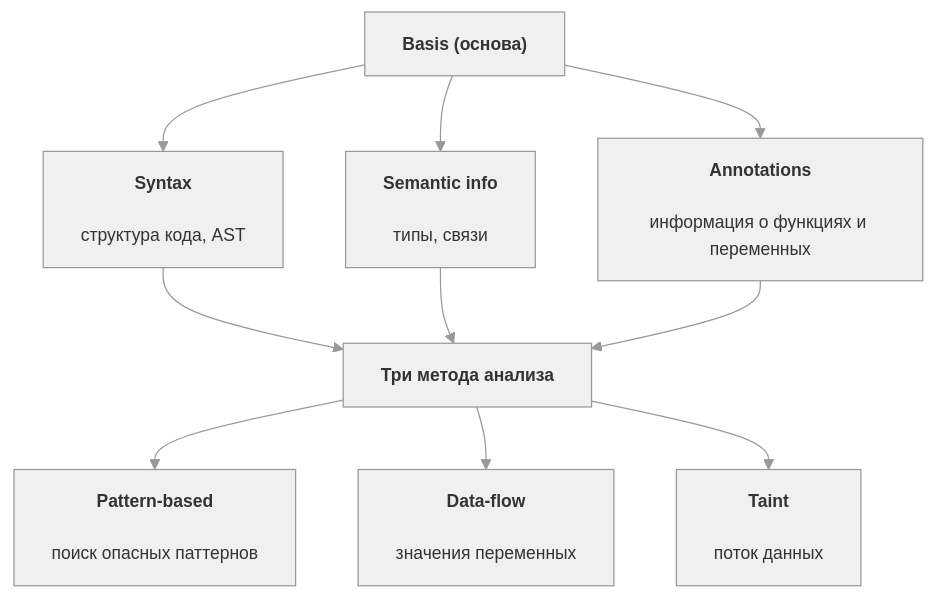
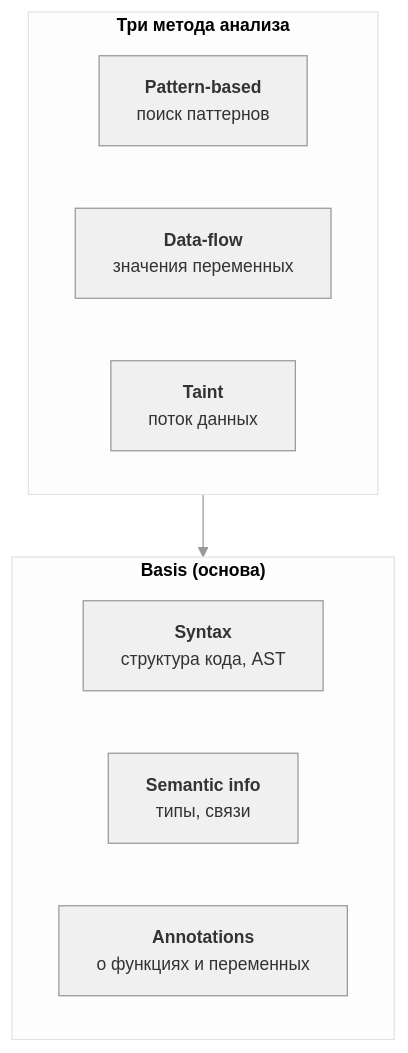
Before and after one commit to Otto-7/mcp: the second of 2 diagrams in docs/research/sast-basics.md, drawn with Mermaid.

````diff
--- a/docs/research/sast-basics.md
+++ b/docs/research/sast-basics.md
@@ -16,22 +16,23 @@
 ```mermaid
 %%{init: {'theme':'base', 'themeVariables': {
   'primaryColor': '#f0f0f0',
   'primaryTextColor': '#333333',
   'primaryBorderColor': '#999999',
   'lineColor': '#999999',
   'fontSize': '14px'
 }}}%%
 flowchart TD
-    B["<b>Basis (основа)</b>"]
-    B --> S["<b>Syntax</b><br/><br/>структура кода, AST"]
-    B --> SI["<b>Semantic info</b><br/><br/>типы, связи"]
-    B --> AN["<b>Annotations</b><br/><br/>информация о функциях и переменных"]
+    subgraph Methods["<b>Три метода анализа</b>"]
+        P["<b>Pattern-based</b><br/>поиск паттернов"]
+        D["<b>Data-flow</b><br/>значения переменных"]
+        T["<b>Taint</b><br/>поток данных"]
+    end
 
-    S --> M["<b>Три метода анализа</b>"]
-    SI --> M
-    AN --> M
+    subgraph Basis["<b>Basis (основа)</b>"]
+        S["<b>Syntax</b><br/>структура кода, AST"]
+        SI["<b>Semantic info</b><br/>типы, связи"]
+        AN["<b>Annotations</b><br/>о функциях и переменных"]
+    end
 
-    M --> P["<b>Pattern-based</b><br/><br/>поиск опасных паттернов"]
-    M --> D["<b>Data-flow</b><br/><br/>значения переменных"]
-    M --> T["<b>Taint</b><br/><br/>поток данных"]
+    Methods --> Basis
 ```
````
